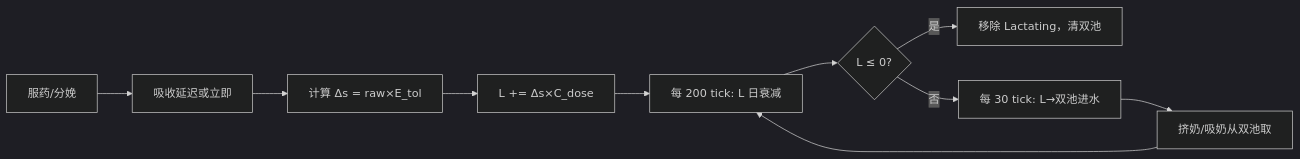
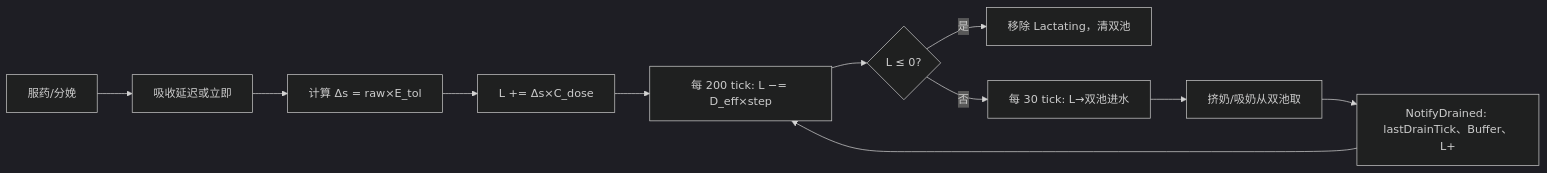
Before and after one commit to q847633684/rjw-cummilk: the first of 6 diagrams in 记忆库/docs/泌乳系统逻辑图.md, drawn with Mermaid (dark theme). The commit also changed other lines of this file and 10 other files, not shown here.

````diff
--- a/记忆库/docs/泌乳系统逻辑图.md
+++ b/记忆库/docs/泌乳系统逻辑图.md
@@ -23,12 +25,13 @@
 ```mermaid
 flowchart LR
     A[服药/分娩] --> B[吸收延迟或立即]
     B --> C[计算 Δs = raw×E_tol]
     C --> D[L += Δs×C_dose]
-    D --> E[每 200 tick: L 日衰减]
+    D --> E[每 200 tick: L −= D_eff×step]
     E --> F{L ≤ 0?}
     F -->|是| G[移除 Lactating，清双池]
     F -->|否| H[每 30 tick: L→双池进水]
     H --> I[挤奶/吸奶从双池取]
-    I --> E
+    I --> J[NotifyDrained: lastDrainTick、Buffer、L+]
+    J --> E
 ```
````
